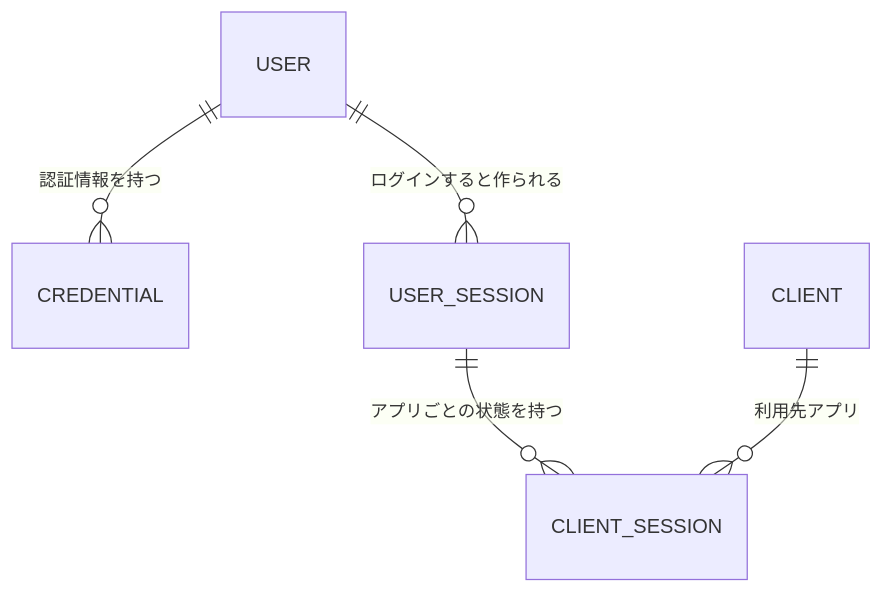
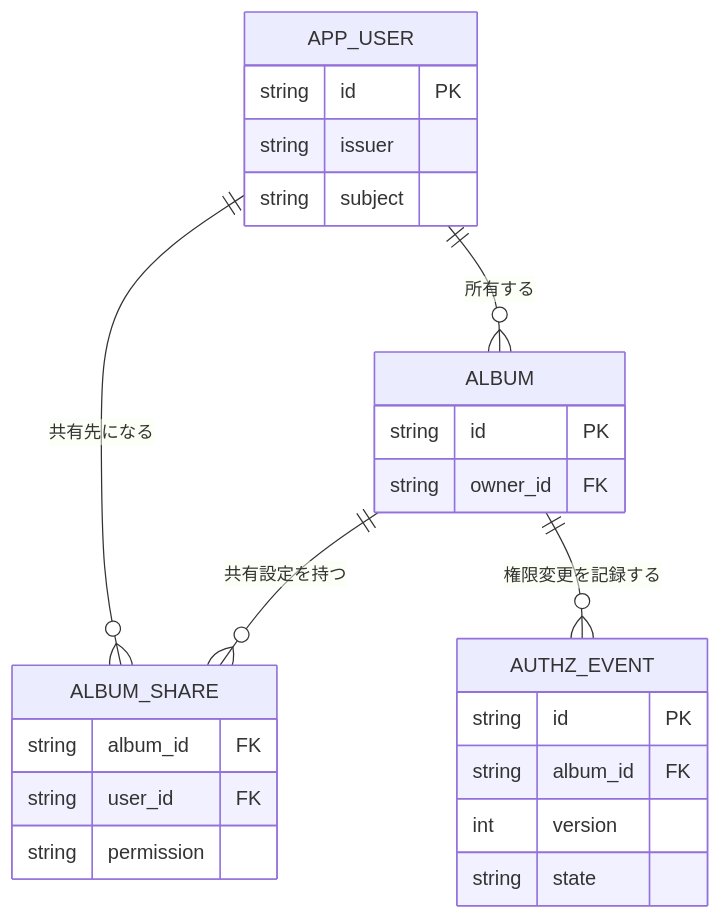
Before and after one commit to higuuu/oidc-load-lab: the third of 7 diagrams in article/qiita.md, drawn with Mermaid. The commit also changed other lines of this file and 6 other files, not shown here.

Commit message:
Reframe article around OSS authentication and authorization architecture across clouds

````diff
--- a/article/qiita.md
+++ b/article/qiita.md
@@ -81,7 +148,27 @@
 ```mermaid
 erDiagram
-    USER ||--o{ CREDENTIAL : "認証情報を持つ"
-    USER ||--o{ USER_SESSION : "ログインすると作られる"
-    USER_SESSION ||--o{ CLIENT_SESSION : "アプリごとの状態を持つ"
-    CLIENT ||--o{ CLIENT_SESSION : "利用先アプリ"
+    APP_USER ||--o{ ALBUM : "所有する"
+    APP_USER ||--o{ ALBUM_SHARE : "共有先になる"
+    ALBUM ||--o{ ALBUM_SHARE : "共有設定を持つ"
+    ALBUM ||--o{ AUTHZ_EVENT : "権限変更を記録する"
+    APP_USER {
+        string id PK
+        string issuer
+        string subject
+    }
+    ALBUM {
+        string id PK
+        string owner_id FK
+    }
+    ALBUM_SHARE {
+        string album_id FK
+        string user_id FK
+        string permission
+    }
+    AUTHZ_EVENT {
+        string id PK
+        string album_id FK
+        int version
+        string state
+    }
 ```
````
